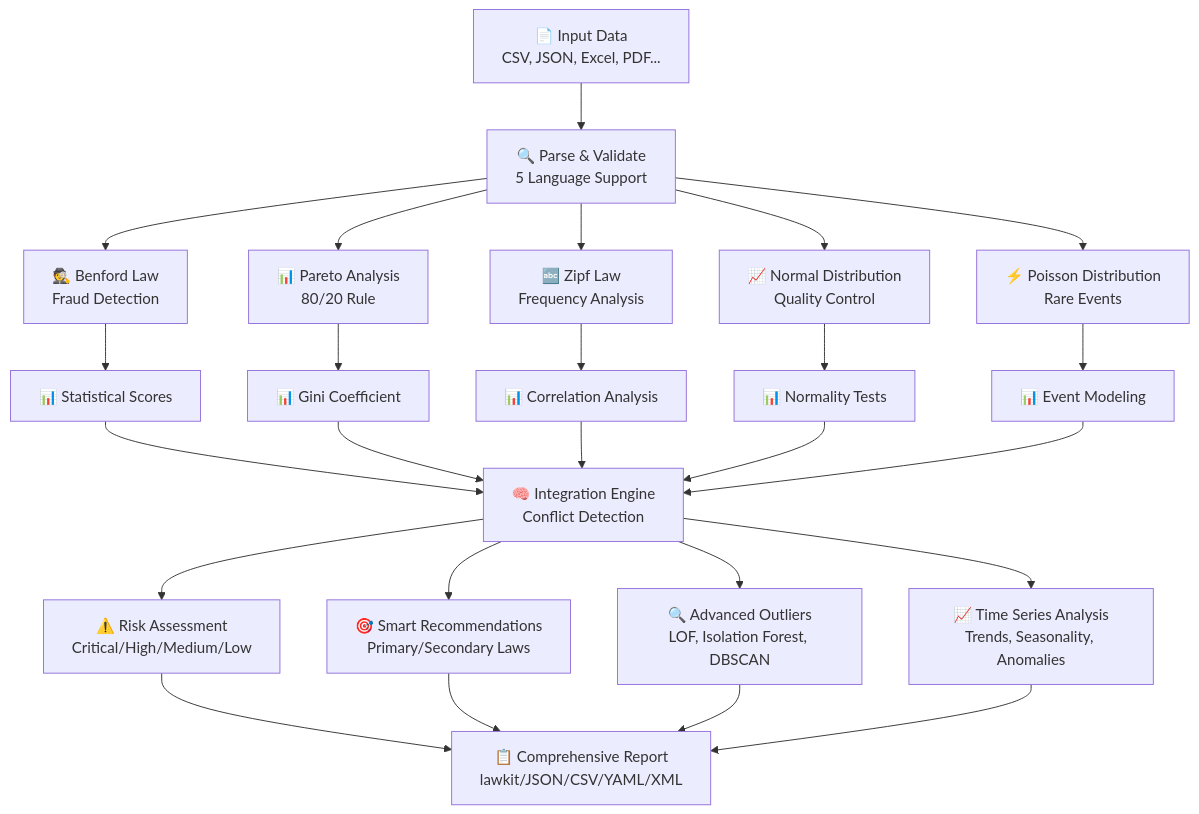
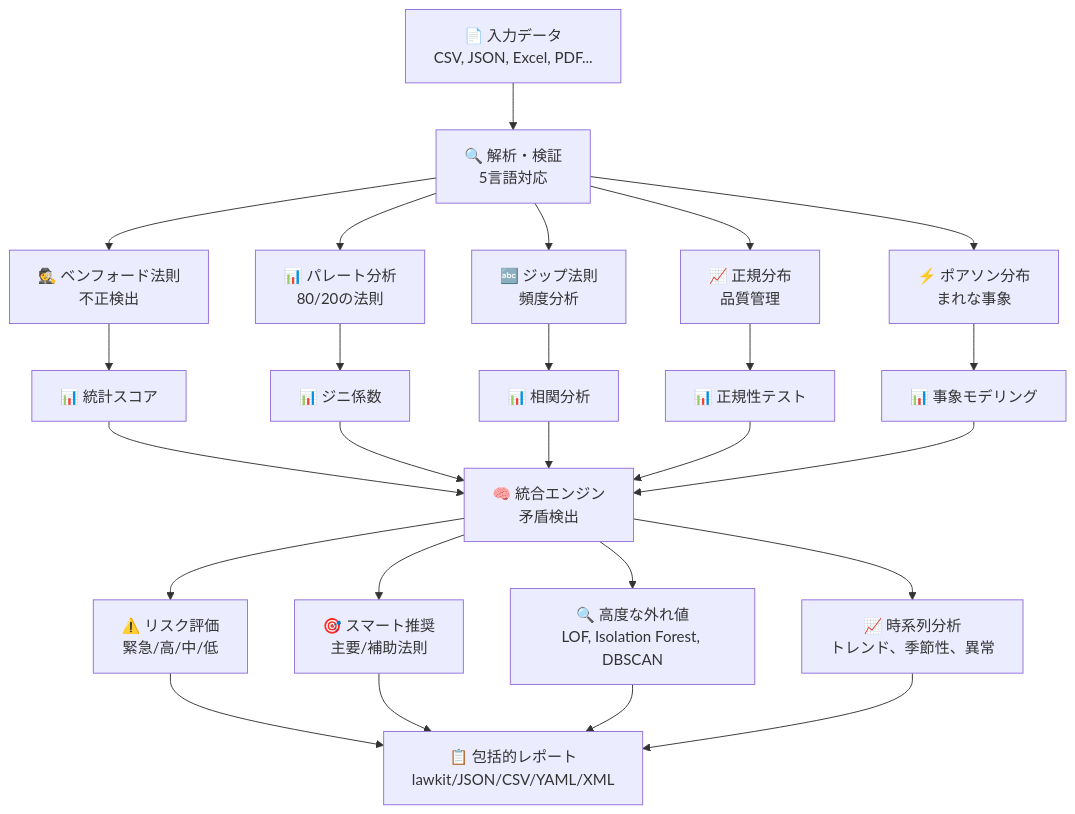
The first of 3 diagrams in README.md (kako-jun/lawkit), drawn with Mermaid before and after one commit. The commit also changed other lines of this file and 101 other files, not shown here.

````diff
--- a/README.md
+++ b/README.md
@@ -102,32 +102,32 @@
 ```mermaid
 graph TB
-    A[📄 Input Data<br/>CSV, JSON, Excel, PDF...] --> B[🔍 Parse & Validate<br/>5 Language Support]
+    A[📄 入力データ<br/>CSV, JSON, Excel, PDF...] --> B[🔍 解析・検証<br/>5言語対応]
     
-    B --> C1[🕵️ Benford Law<br/>Fraud Detection]
-    B --> C2[📊 Pareto Analysis<br/>80/20 Rule]
-    B --> C3[🔤 Zipf Law<br/>Frequency Analysis]
-    B --> C4[📈 Normal Distribution<br/>Quality Control]
-    B --> C5[⚡ Poisson Distribution<br/>Rare Events]
+    B --> C1[🕵️ ベンフォード法則<br/>不正検出]
+    B --> C2[📊 パレート分析<br/>80/20の法則]
+    B --> C3[🔤 ジップ法則<br/>頻度分析]
+    B --> C4[📈 正規分布<br/>品質管理]
+    B --> C5[⚡ ポアソン分布<br/>まれな事象]
     
-    C1 --> D1[📊 Statistical Scores]
-    C2 --> D2[📊 Gini Coefficient]
-    C3 --> D3[📊 Correlation Analysis]
-    C4 --> D4[📊 Normality Tests]
-    C5 --> D5[📊 Event Modeling]
+    C1 --> D1[📊 統計スコア]
+    C2 --> D2[📊 ジニ係数]
+    C3 --> D3[📊 相関分析]
+    C4 --> D4[📊 正規性テスト]
+    C5 --> D5[📊 事象モデリング]
     
-    D1 --> E[🧠 Integration Engine<br/>Conflict Detection]
+    D1 --> E[🧠 統合エンジン<br/>矛盾検出]
     D2 --> E
     D3 --> E
     D4 --> E
     D5 --> E
     
-    E --> F1[⚠️ Risk Assessment<br/>Critical/High/Medium/Low]
-    E --> F2[🎯 Smart Recommendations<br/>Primary/Secondary Laws]
-    E --> F3[🔍 Advanced Outliers<br/>LOF, Isolation Forest, DBSCAN]
-    E --> F4[📈 Time Series Analysis<br/>Trends, Seasonality, Anomalies]
+    E --> F1[⚠️ リスク評価<br/>緊急/高/中/低]
+    E --> F2[🎯 スマート推奨<br/>主要/補助法則]
+    E --> F3[🔍 高度な外れ値<br/>LOF, Isolation Forest, DBSCAN]
+    E --> F4[📈 時系列分析<br/>トレンド、季節性、異常]
     
-    F1 --> G[📋 Comprehensive Report<br/>lawkit/JSON/CSV/YAML/XML]
+    F1 --> G[📋 包括的レポート<br/>lawkit/JSON/CSV/YAML/XML]
     F2 --> G
     F3 --> G
     F4 --> G
 ```
````
